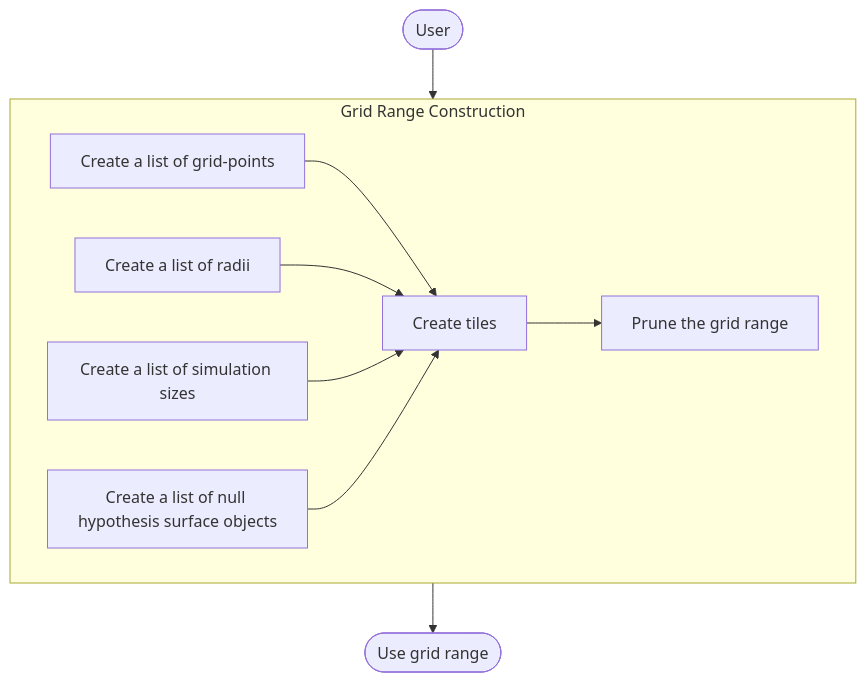
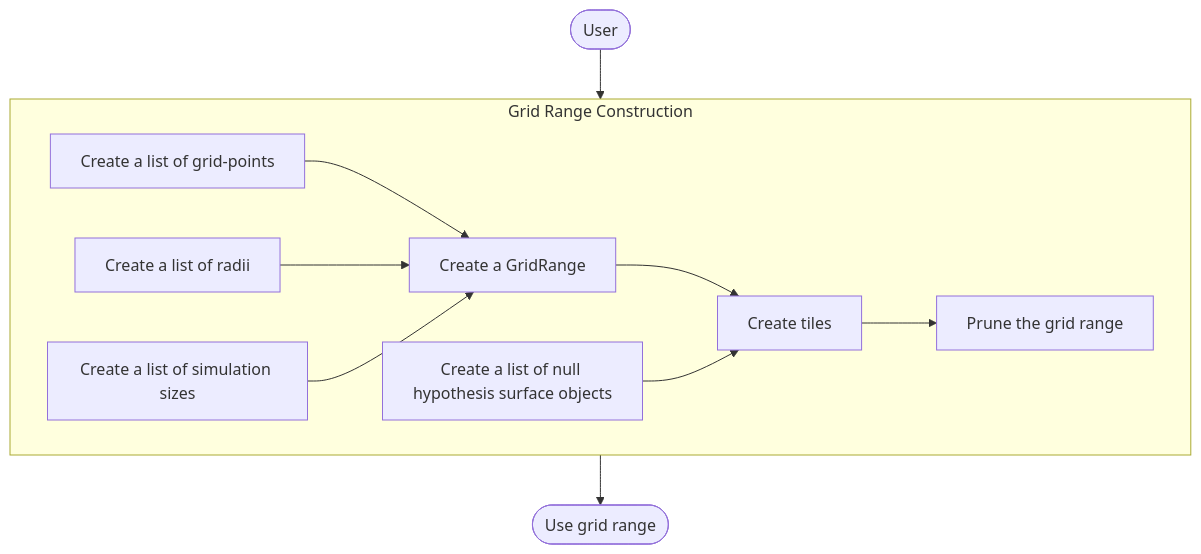
The diagram in docs/design/grid/grid_range/grid_range.md (Confirm-Solutions/imprint), drawn with Mermaid before and after one commit. The commit also changed other lines of this file and 11 other files, not shown here.

````diff
--- a/docs/design/grid/grid_range/grid_range.md
+++ b/docs/design/grid/grid_range/grid_range.md
@@ -13,23 +13,25 @@
 ```mermaid
 flowchart TB
     user([User])
 
     %% Grid range construction
     subgraph gr_subg [Grid Range Construction]
         get_gridpts[Create a list of grid-points]
         get_radii[Create a list of radii]
         get_ss[Create a list of simulation sizes]
+        get_gr[Create a GridRange]
         get_null_hypos[Create a list of null hypothesis surface objects]
         get_tiles[Create tiles]
         prune[Prune the grid range]
         
-        get_gridpts --> get_tiles
-        get_radii --> get_tiles
-        get_ss --> get_tiles
+        get_gridpts --> get_gr
+        get_radii --> get_gr
+        get_ss --> get_gr
+        get_gr --> get_tiles
         get_null_hypos --> get_tiles
         get_tiles --> prune
     end
     user --> gr_subg
 
     gr_subg --> process([Use grid range])
 ```
````
